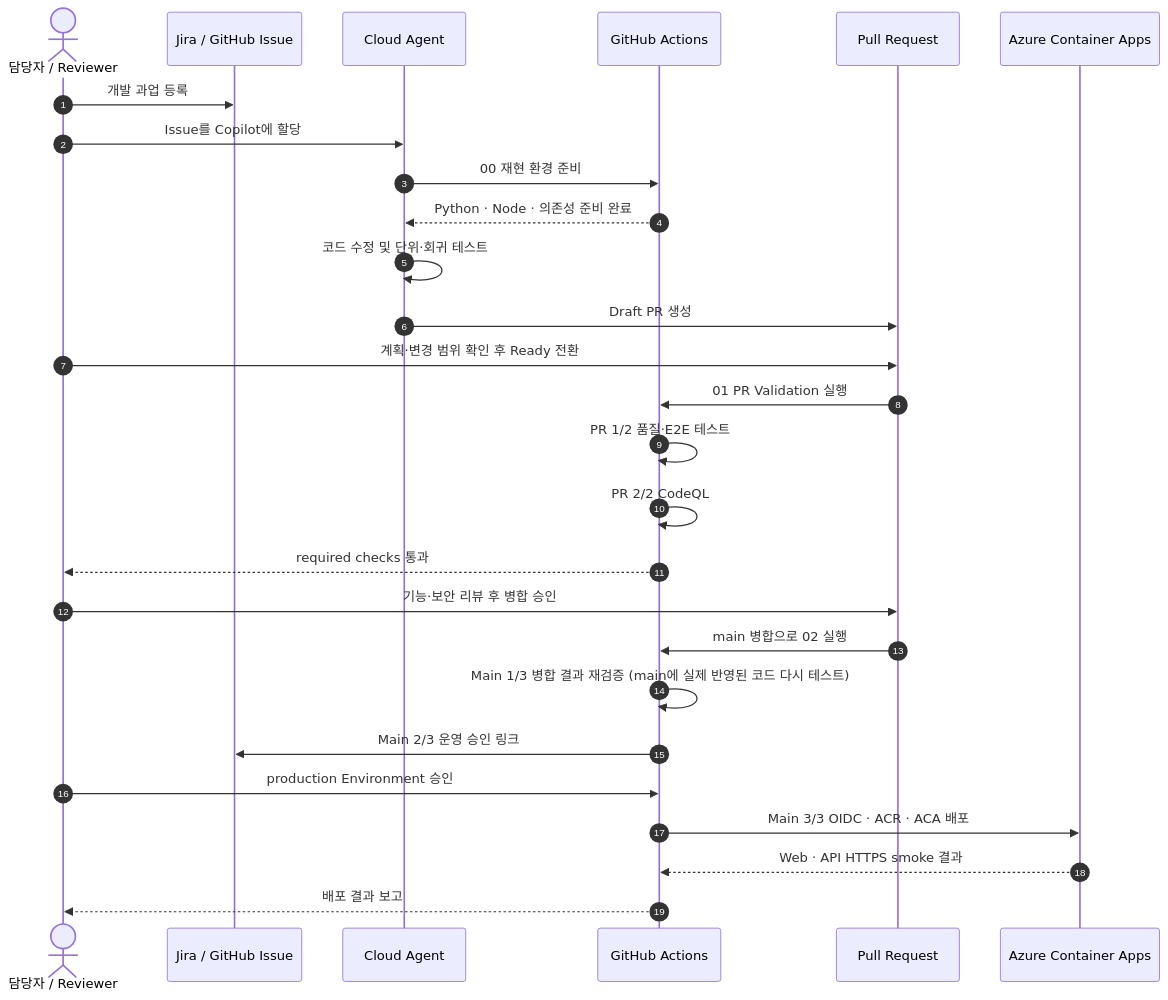
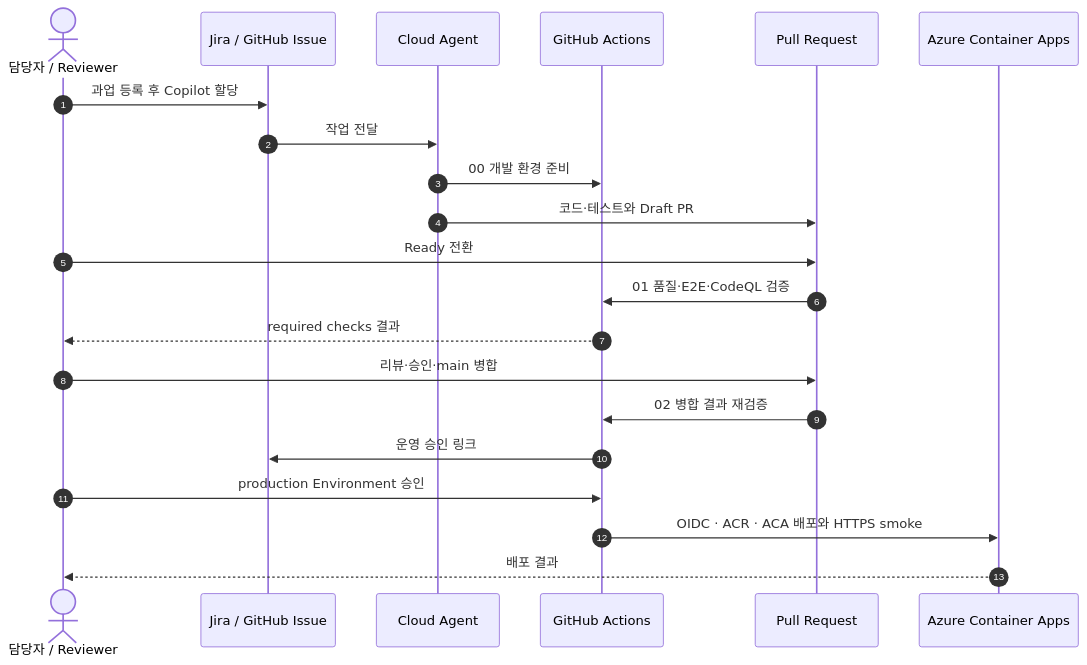
The first of 4 diagrams in README.md (hijigoo/dev-agent-workflow), drawn with Mermaid before and after one commit. The commit also changed other lines of this file, not shown here.

First line of the commit message:
docs: condense Actions workflow guidance

````diff
--- a/README.md
+++ b/README.md
@@ -40,30 +40,24 @@
 ```mermaid
 sequenceDiagram
     autonumber
     actor Human as 담당자 / Reviewer
     participant Issue as Jira / GitHub Issue
     participant Agent as Cloud Agent
     participant Actions as GitHub Actions
     participant PR as Pull Request
     participant Azure as Azure Container Apps
 
-    Human->>Issue: 개발 과업 등록
-    Human->>Agent: Issue를 Copilot에 할당
-    Agent->>Actions: 00 재현 환경 준비
-    Actions-->>Agent: Python · Node · 의존성 준비 완료
-    Agent->>Agent: 코드 수정 및 단위·회귀 테스트
-    Agent->>PR: Draft PR 생성
-    Human->>PR: 계획·변경 범위 확인 후 Ready 전환
-    PR->>Actions: 01 PR Validation 실행
-    Actions->>Actions: PR 1/2 품질·E2E 테스트
-    Actions->>Actions: PR 2/2 CodeQL
-    Actions-->>Human: required checks 통과
-    Human->>PR: 기능·보안 리뷰 후 병합 승인
-    PR->>Actions: main 병합으로 02 실행
-    Actions->>Actions: Main 1/3 병합 결과 재검증 (main에 실제 반영된 코드 다시 테스트)
-    Actions->>Issue: Main 2/3 운영 승인 링크
+    Human->>Issue: 과업 등록 후 Copilot 할당
+    Issue->>Agent: 작업 전달
+    Agent->>Actions: 00 개발 환경 준비
+    Agent->>PR: 코드·테스트와 Draft PR
+    Human->>PR: Ready 전환
+    PR->>Actions: 01 품질·E2E·CodeQL 검증
+    Actions-->>Human: required checks 결과
+    Human->>PR: 리뷰·승인·main 병합
+    PR->>Actions: 02 병합 결과 재검증
+    Actions->>Issue: 운영 승인 링크
     Human->>Actions: production Environment 승인
-    Actions->>Azure: Main 3/3 OIDC · ACR · ACA 배포
-    Azure-->>Actions: Web · API HTTPS smoke 결과
-    Actions-->>Human: 배포 결과 보고
+    Actions->>Azure: OIDC · ACR · ACA 배포와 HTTPS smoke
+    Azure-->>Human: 배포 결과
 ```
````
